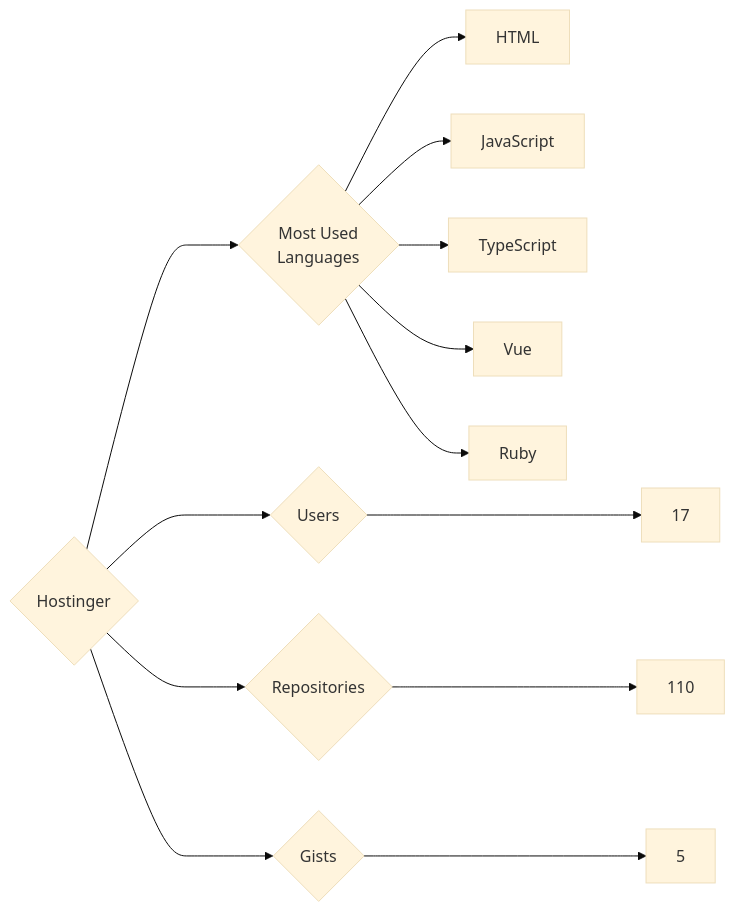
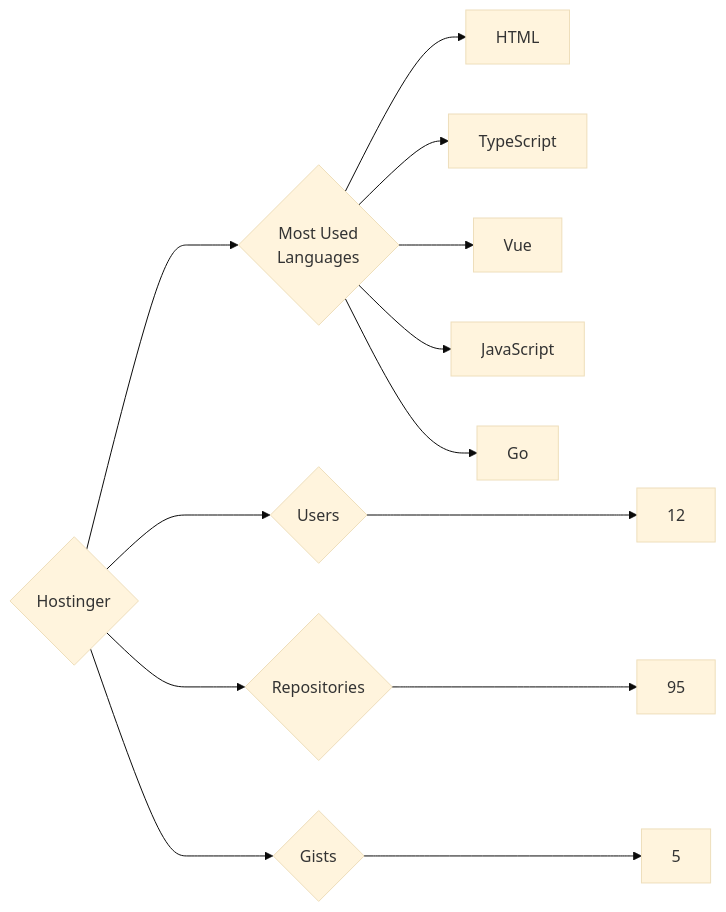
The diagram in targets/Hostinger/README.md (trickest/insiders), drawn with Mermaid (base theme) before and after one commit. The commit also changed 636 other files, not shown here.

````diff
--- a/targets/Hostinger/README.md
+++ b/targets/Hostinger/README.md
@@ -3,13 +3,13 @@
 ```mermaid
 graph LR
 COMPANY_NAME{Hostinger}
-COMPANY_NAME ---> U{Users} ---> UN[17]
-COMPANY_NAME ---> R{Repositories} ---> RN[110]
+COMPANY_NAME ---> U{Users} ---> UN[12]
+COMPANY_NAME ---> R{Repositories} ---> RN[95]
 COMPANY_NAME ---> G{Gists} ---> GN[5]
 COMPANY_NAME ---> ML{Most Used<br>Languages}
 ML --> HTML[HTML]
-ML --> JavaScript[JavaScript]
 ML --> TypeScript[TypeScript]
 ML --> Vue[Vue]
-ML --> Ruby[Ruby]
+ML --> JavaScript[JavaScript]
+ML --> Go[Go]
 ```
````
